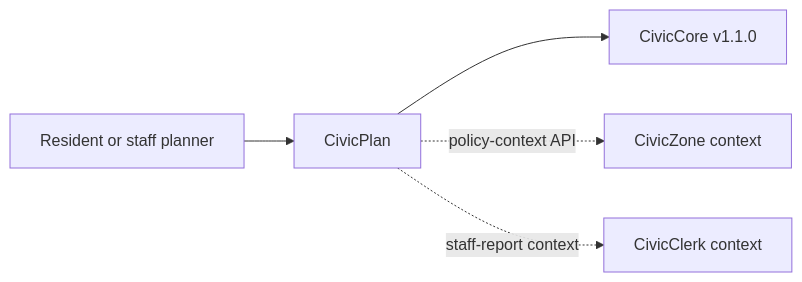
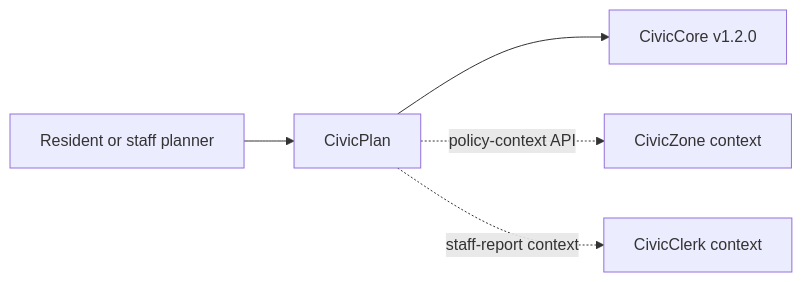
The diagram in USER-MANUAL.md (CivicSuite/civicplan), drawn with Mermaid before and after one commit. The commit also changed other lines of this file and 14 other files, not shown here.

````diff
--- a/USER-MANUAL.md
+++ b/USER-MANUAL.md
@@ -44,7 +44,7 @@
 ```mermaid
 flowchart LR
   PublicUser["Resident or staff planner"] --> CivicPlan["CivicPlan"]
-  CivicPlan --> CivicCore["CivicCore v1.1.0"]
+  CivicPlan --> CivicCore["CivicCore v1.2.0"]
 CivicPlan -. policy-context API .-> CivicZone["CivicZone context"]
 CivicPlan -. staff-report context .-> CivicClerk["CivicClerk context"]
 ```
````
